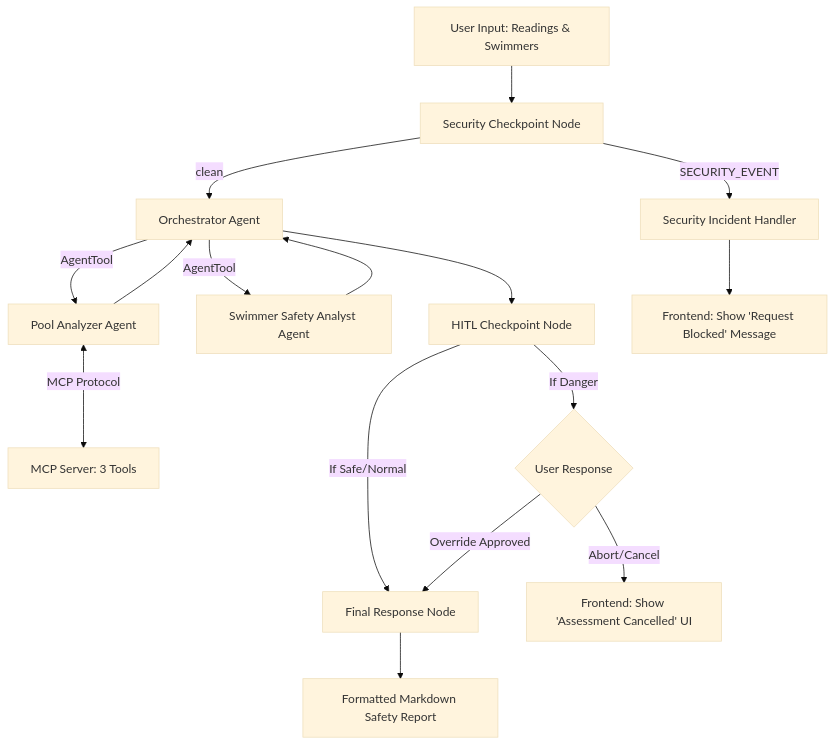
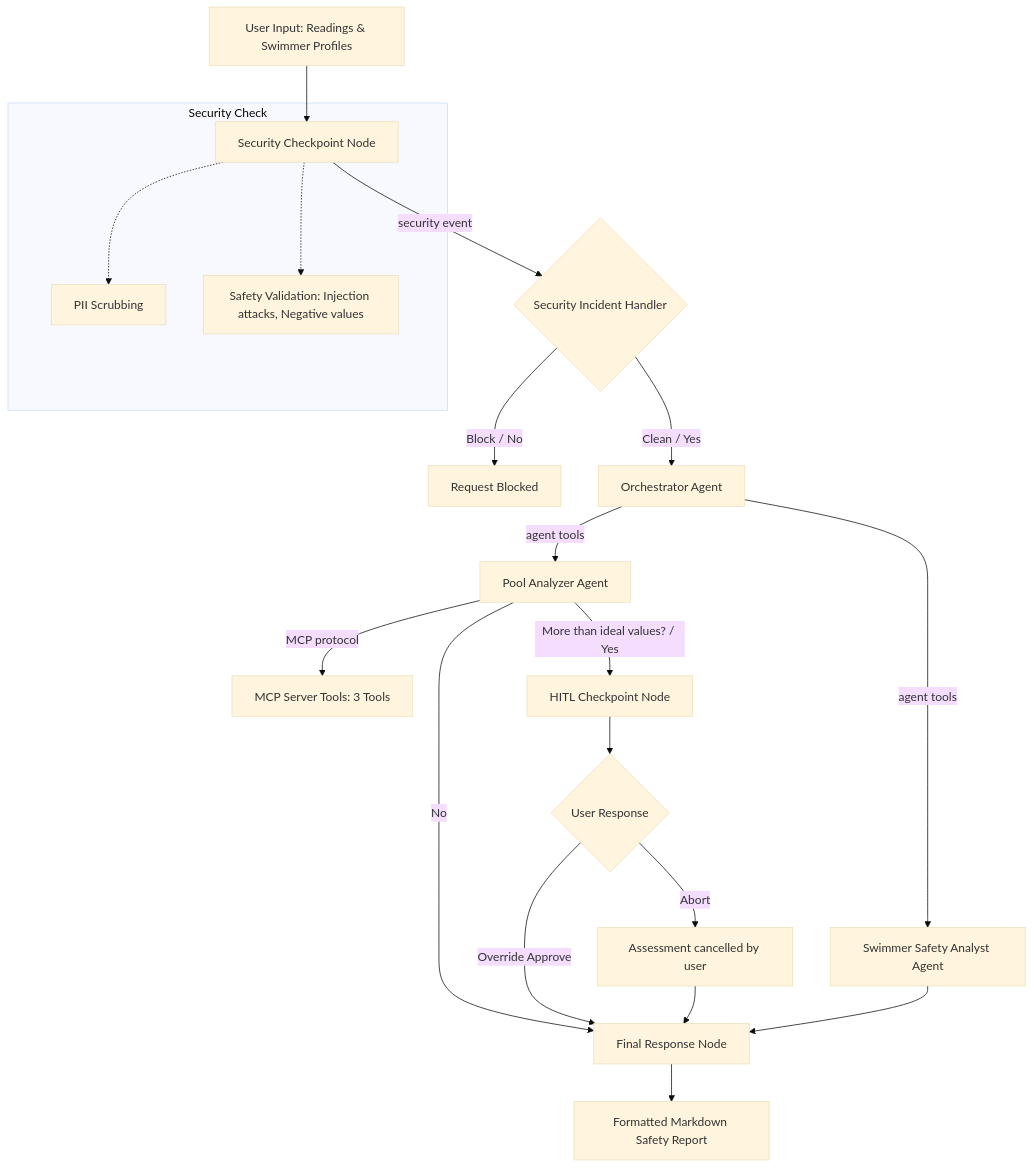
The diagram in README.md (sowmyaguda/SwimsafeAI), drawn with Mermaid (base theme) before and after one commit.

Commit message:
Update Mermaid diagram in README to match user handwritten workflow design

````diff
--- a/README.md
+++ b/README.md
@@ -51,24 +51,33 @@
 ```mermaid
 graph TD
-    START[User Input: Readings & Swimmers] --> SecCheck[Security Checkpoint Node]
-    SecCheck -- SECURITY_EVENT --> SecHandler[Security Incident Handler]
-    SecCheck -- clean --> Orch[Orchestrator Agent]
+    START[User Input: Readings & Swimmer Profiles] --> SecCheck[Security Checkpoint Node]
     
-    Orch -->|AgentTool| PoolAna[Pool Analyzer Agent]
-    Orch -->|AgentTool| SwimAna[Swimmer Safety Analyst Agent]
+    subgraph Security Check
+        SecCheck
+        PII[PII Scrubbing]
+        Val[Safety Validation: Injection attacks, Negative values]
+        SecCheck -.-> PII
+        SecCheck -.-> Val
+    end
+
+    SecCheck -->|security event| SecHandler{Security Incident Handler}
+    SecHandler -->|Block / No| Blocked[Request Blocked]
+    SecHandler -->|Clean / Yes| Orch[Orchestrator Agent]
     
-    PoolAna <-->|MCP Protocol| MCPServer[MCP Server: 3 Tools]
+    Orch -->|agent tools| PoolAna[Pool Analyzer Agent]
+    Orch -->|agent tools| SwimAna[Swimmer Safety Analyst Agent]
     
-    PoolAna --> Orch
-    SwimAna --> Orch
+    PoolAna -->|MCP protocol| MCPServer[MCP Server Tools: 3 Tools]
     
-    Orch --> HITL[HITL Checkpoint Node]
-    HITL -->|If Danger| UserConfirm{User Response}
-    HITL -->|If Safe/Normal| FinalNode[Final Response Node]
-    UserConfirm -->|Override Approved| FinalNode
-    UserConfirm -->|Abort/Cancel| CancelUI[Frontend: Show 'Assessment Cancelled' UI]
+    PoolAna -->|More than ideal values? / Yes| HITL[HITL Checkpoint Node]
+    PoolAna -->|No| FinalNode[Final Response Node]
     
-    SecHandler --> BlockedUI[Frontend: Show 'Request Blocked' Message]
+    HITL --> UserConfirm{User Response}
+    UserConfirm -->|Override Approve| FinalNode
+    UserConfirm -->|Abort| Cancelled[Assessment cancelled by user]
+    Cancelled --> FinalNode
+    
+    SwimAna --> FinalNode
     
     FinalNode --> Output[Formatted Markdown Safety Report]
 ```
````
